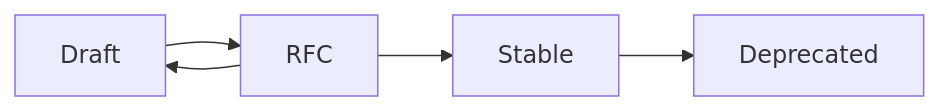
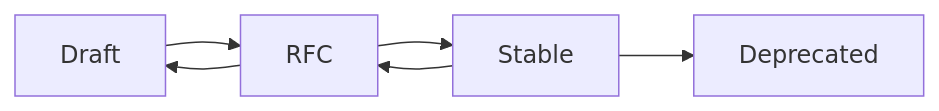
Before and after one commit to teratron/magic-spec: the first of 4 diagrams in .magic/spec.md, drawn with Mermaid. The commit also changed other lines of this file and 9 other files, not shown here.

````diff
--- a/.magic/spec.md
+++ b/.magic/spec.md
@@ -70,5 +70,6 @@
 ```mermaid
 graph LR
     Draft --> RFC --> Stable --> Deprecated
     RFC --> Draft
+    Stable --> RFC
 ```
````
